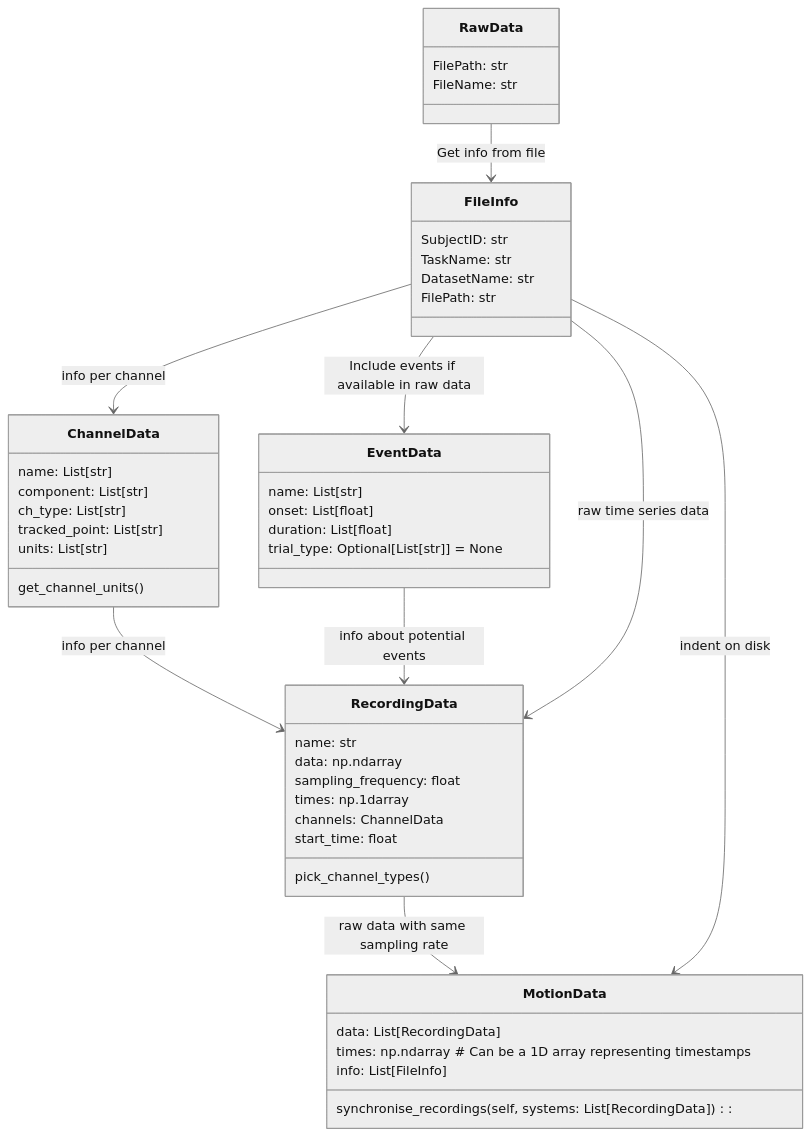
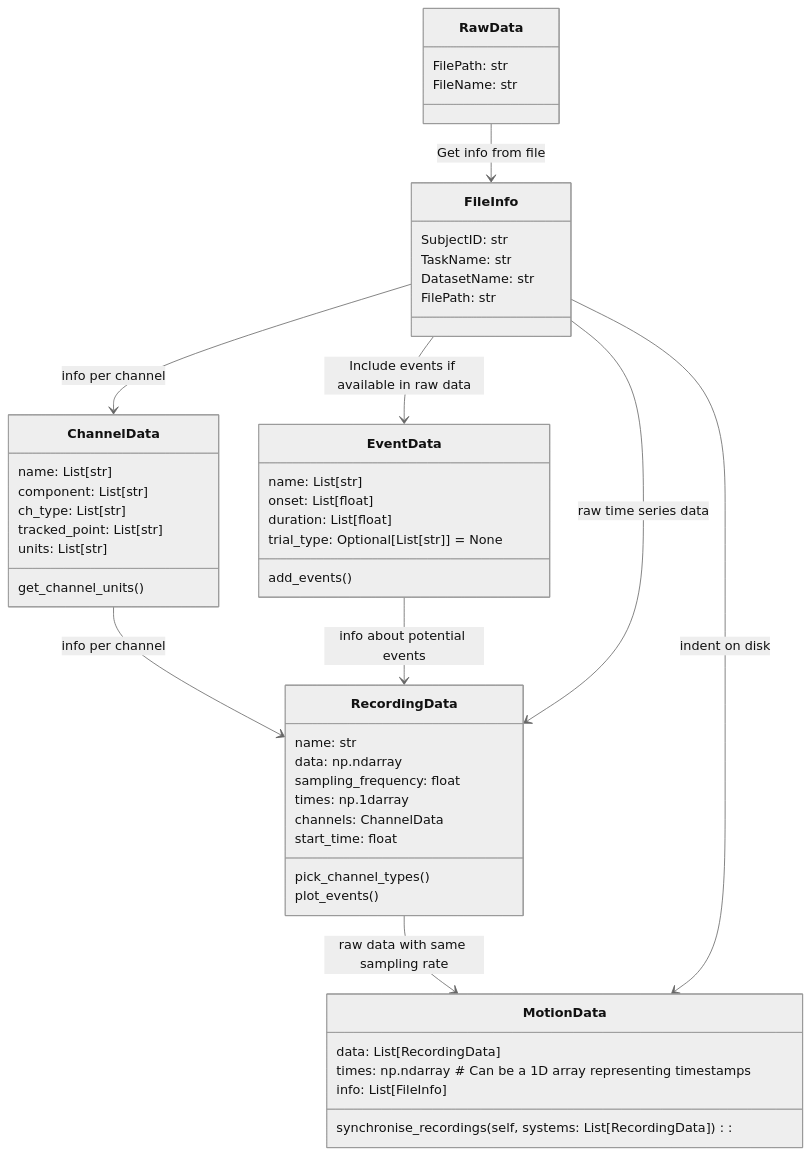
Before and after one commit to neurogeriatricskiel/KielMAT: the diagram in README.md, drawn with Mermaid (neutral theme). The commit also changed 10 other files, not shown here.

````diff
--- a/README.md
+++ b/README.md
@@ -24,56 +24,58 @@
 ```mermaid
 classDiagram
     class RawData {
         FilePath: str
         FileName: str
     }
 
     class FileInfo {
         SubjectID: str
         TaskName: str
         DatasetName: str
         FilePath: str
     }
 
     class ChannelData {
         name: List[str]
         component: List[str]
         ch_type: List[str]
         tracked_point: List[str]
         units: List[str]
         get_channel_units()
     }
 
     class EventData {
         name: List[str]
         onset: List[float]
         duration: List[float]
         trial_type: Optional[List[str]] = None
+        add_events()
     }
 
     class RecordingData {
         name: str
         data: np.ndarray
         sampling_frequency: float
         times: np.1darray
         channels: ChannelData
         start_time: float
         pick_channel_types()
+        plot_events()
     }
 
     class MotionData {
         data: List[RecordingData]
         times: np.ndarray  # Can be a 1D array representing timestamps
         info: List[FileInfo]
         synchronise_recordings(self, systems: List[RecordingData]):
     }
 
     RecordingData --> MotionData: raw data with same sampling rate
     ChannelData --> RecordingData: info per channel
     EventData --> RecordingData: info about potential events
     FileInfo --> MotionData: indent on disk
     FileInfo --> ChannelData: info per channel 
     FileInfo --> RecordingData: raw time series data
     FileInfo --> EventData: Include events if available in raw data
     RawData --> FileInfo: Get info from file
 ```
````
